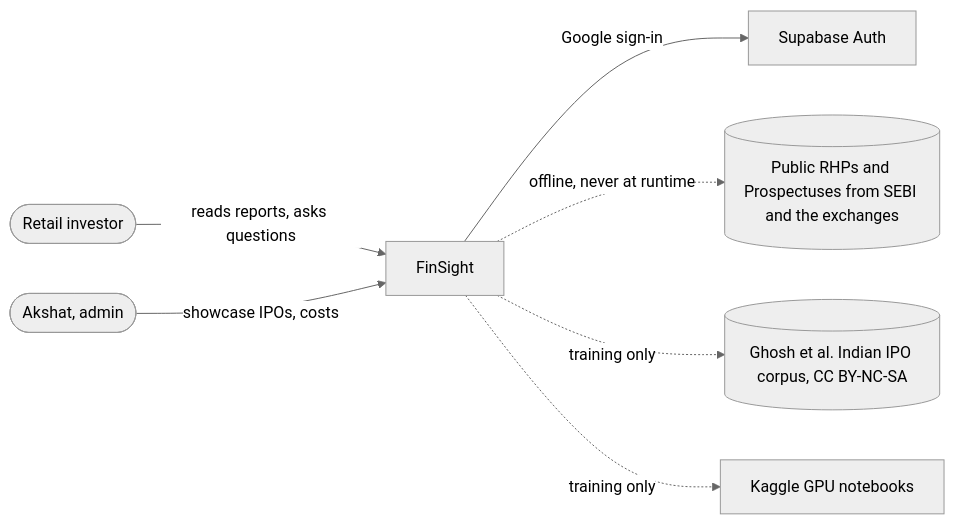
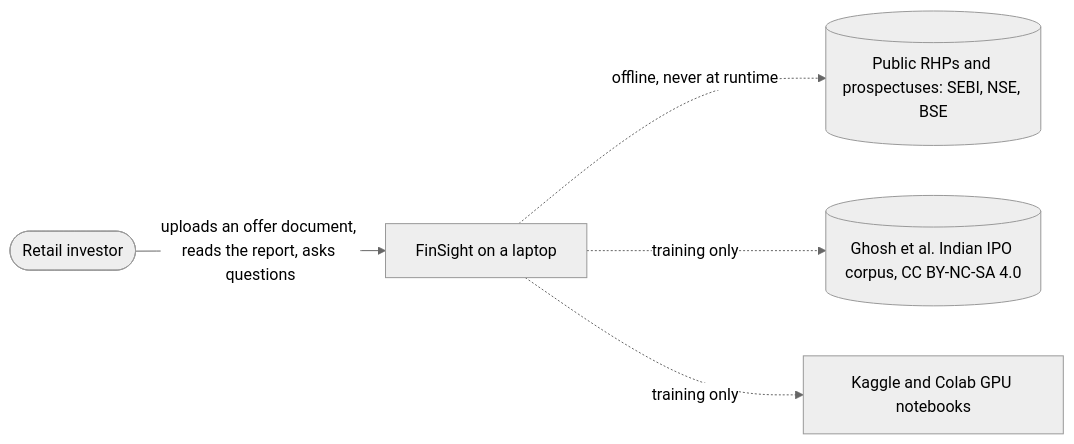
The first of 6 diagrams in docs/architecture/index.md (AkshatTm/FinSight-IPO-X-Ray-for-Indian-retail-investors), drawn with Mermaid (neutral theme) before and after one commit. The commit also changed other lines of this file and 16 other files, not shown here.

First line of the commit message:
docs(v1.1): new site nav; getting started, user guide, architecture and data pages

````diff
--- a/docs/architecture/index.md
+++ b/docs/architecture/index.md
@@ -7,9 +10,7 @@
 ```mermaid
 flowchart LR
-  R([Retail investor]) -->|reads reports, asks questions| FS[FinSight]
-  A([Akshat, admin]) -->|showcase IPOs, costs| FS
-  FS -->|Google sign-in| SB[Supabase Auth]
-  FS -. offline, never at runtime .-> SEBI[(Public RHPs and Prospectuses from SEBI and the exchanges)]
-  FS -. training only .-> HF[(Ghosh et al. Indian IPO corpus, CC BY-NC-SA)]
-  FS -. training only .-> KG[Kaggle GPU notebooks]
+  R([Retail investor]) -->|uploads an offer document, reads the report, asks questions| FS[FinSight on a laptop]
+  FS -. offline, never at runtime .-> SEBI[(Public RHPs and prospectuses: SEBI, NSE, BSE)]
+  FS -. training only .-> HF[(Ghosh et al. Indian IPO corpus, CC BY-NC-SA 4.0)]
+  FS -. training only .-> GPU[Kaggle and Colab GPU notebooks]
 ```
````
